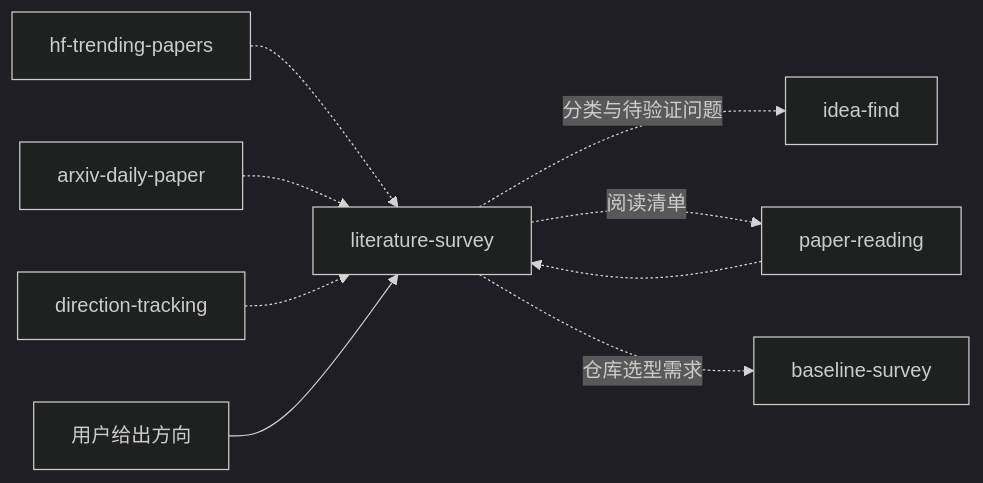
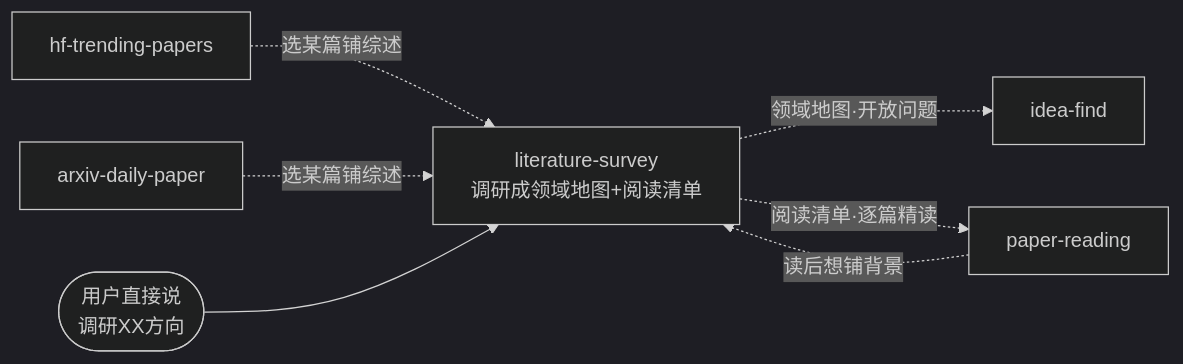
One commit to jackwang0108/dl-assistant changed the first of 2 diagrams in plugins/dl-assistant/skills/literature-survey/SKILL.md. Above: the diagram before and after it, drawn with Mermaid (dark theme). The commit also changed other lines of this file and 256 other files, not shown here.

````diff
--- a/plugins/dl-assistant/skills/literature-survey/SKILL.md
+++ b/plugins/dl-assistant/skills/literature-survey/SKILL.md
@@ -12,11 +22,10 @@
 ```mermaid
 flowchart LR
-    HF[hf-trending-papers] -.-> LS[literature-survey]
-    AD[arxiv-daily-paper] -.-> LS
-    PR[paper-reading] -.-> LS
-    DT[direction-tracking] -.-> LS
-    USER[用户给出方向] --> LS
-    LS -.->|分类与待验证问题| IF[idea-find]
-    LS -.->|阅读清单| PR
-    LS -.->|仓库选型需求| BS[baseline-survey]
+    HF[hf-trending-papers] -.->|选某篇铺综述| LS
+    AD[arxiv-daily-paper] -.->|选某篇铺综述| LS
+    PR[paper-reading] -.->|读后想铺背景| LS
+    USER(["用户直接说<br/>调研XX方向"]) --> LS
+    LS["literature-survey<br/>调研成领域地图+阅读清单"]
+    LS -.->|领域地图·开放问题| IF[idea-find]
+    LS -.->|阅读清单·逐篇精读| PR
 ```
````
